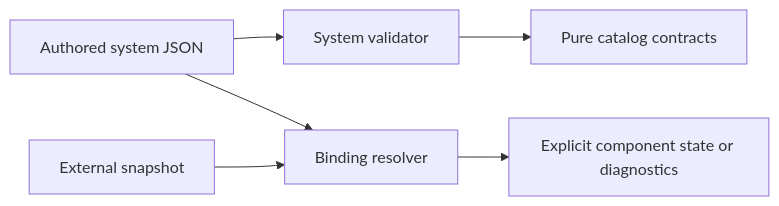
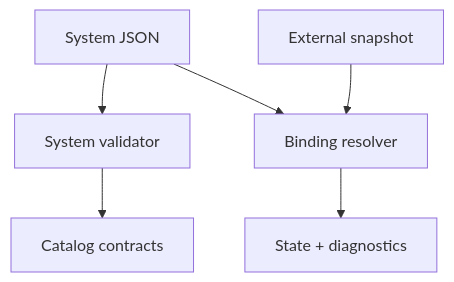
One commit to Valpatel/cad-agent changed the diagram in software/cadagent/webkit/scada/ui/src/contracts/README.md. Above: the diagram before and after it, drawn with Mermaid. The commit also changed 27 other files, not shown here.

````diff
--- a/software/cadagent/webkit/scada/ui/src/contracts/README.md
+++ b/software/cadagent/webkit/scada/ui/src/contracts/README.md
@@ -14,8 +14,8 @@
 ```mermaid
-flowchart LR
-  document[Authored system JSON] --> validator[System validator]
-  validator --> registry[Pure catalog contracts]
-  snapshot[External snapshot] --> binding[Binding resolver]
-  document --> binding
-  binding --> state[Explicit component state or diagnostics]
+flowchart TD
+  Document["System JSON"] --> Validator["System validator"]
+  Validator --> Registry["Catalog contracts"]
+  Document --> Binding["Binding resolver"]
+  Snapshot["External snapshot"] --> Binding
+  Binding --> State["State + diagnostics"]
 ```
````
